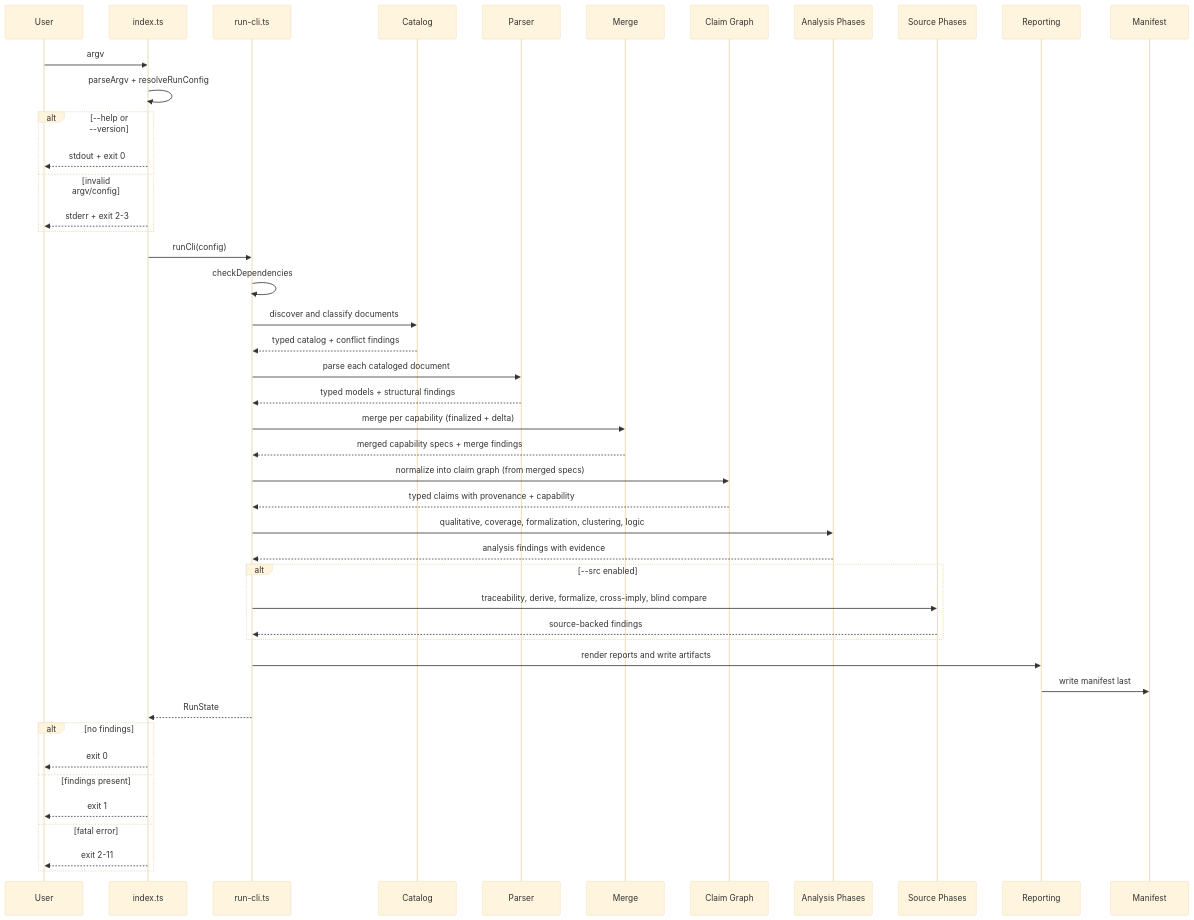
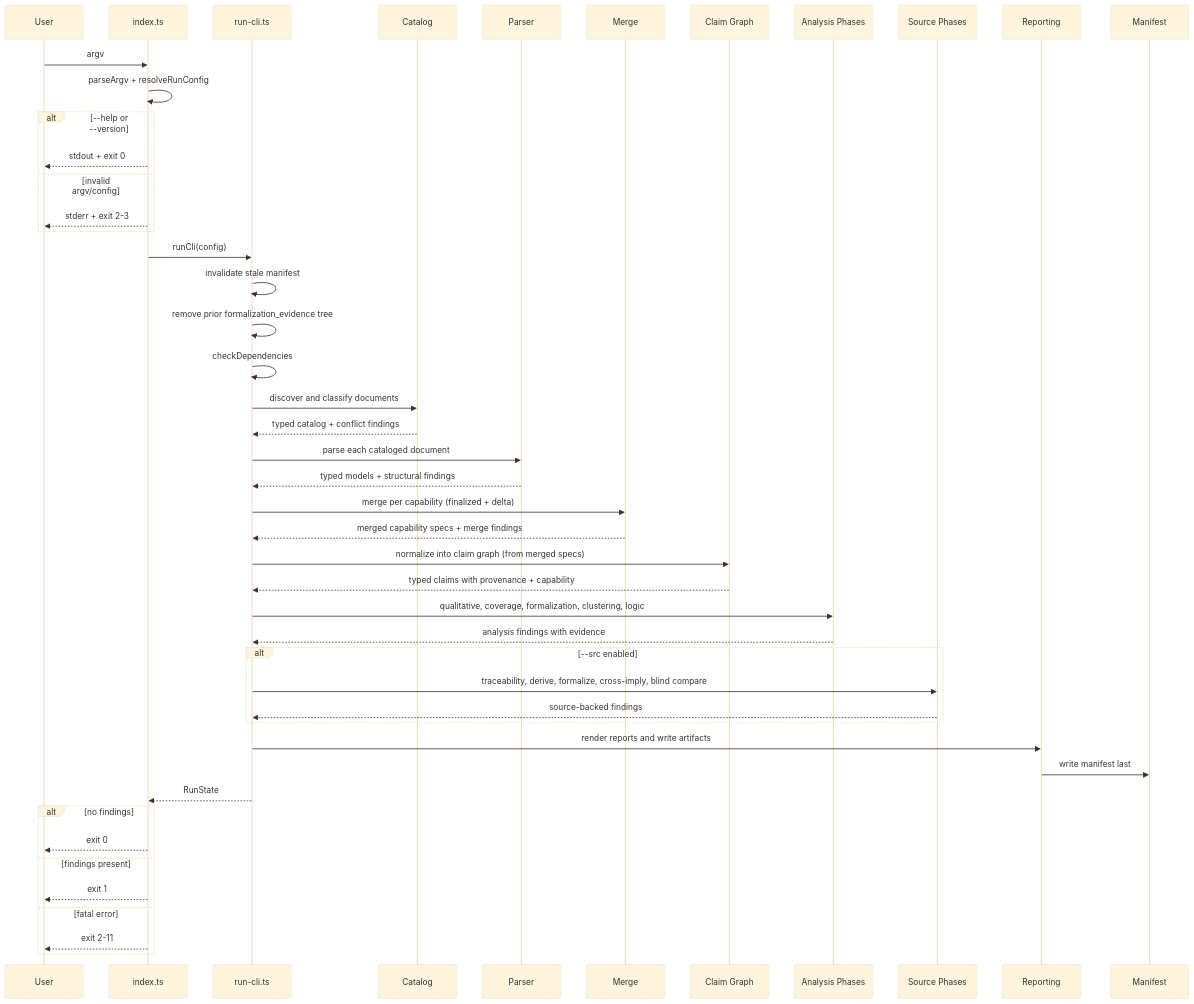
The tenth of 13 diagrams in docs/design.md (ohpauleez/spec-check), drawn with Mermaid (base theme) before and after one commit. The commit also changed other lines of this file and 44 other files, not shown here.

````diff
--- a/docs/design.md
+++ b/docs/design.md
@@ -925,48 +957,50 @@
 ```mermaid
 sequenceDiagram
     participant U as User
     participant I as index.ts
     participant C as run-cli.ts
     participant Cat as Catalog
     participant P as Parser
     participant MG as Merge
     participant CG as Claim Graph
     participant A as Analysis Phases
     participant S as Source Phases
     participant R as Reporting
     participant M as Manifest
 
     U->>I: argv
     I->>I: parseArgv + resolveRunConfig
     alt --help or --version
         I-->>U: stdout + exit 0
     else invalid argv/config
         I-->>U: stderr + exit 2-3
     end
     I->>C: runCli(config)
+    C->>C: invalidate stale manifest
+    C->>C: remove prior formalization_evidence tree
     C->>C: checkDependencies
     C->>Cat: discover and classify documents
     Cat-->>C: typed catalog + conflict findings
     C->>P: parse each cataloged document
     P-->>C: typed models + structural findings
     C->>MG: merge per capability (finalized + delta)
     MG-->>C: merged capability specs + merge findings
     C->>CG: normalize into claim graph (from merged specs)
     CG-->>C: typed claims with provenance + capability
     C->>A: qualitative, coverage, formalization, clustering, logic
     A-->>C: analysis findings with evidence
     alt --src enabled
         C->>S: traceability, derive, formalize, cross-imply, blind compare
         S-->>C: source-backed findings
     end
     C->>R: render reports and write artifacts
     R->>M: write manifest last
     C-->>I: RunState
     alt no findings
         I-->>U: exit 0
     else findings present
         I-->>U: exit 1
     else fatal error
         I-->>U: exit 2-11
     end
 ```
````
